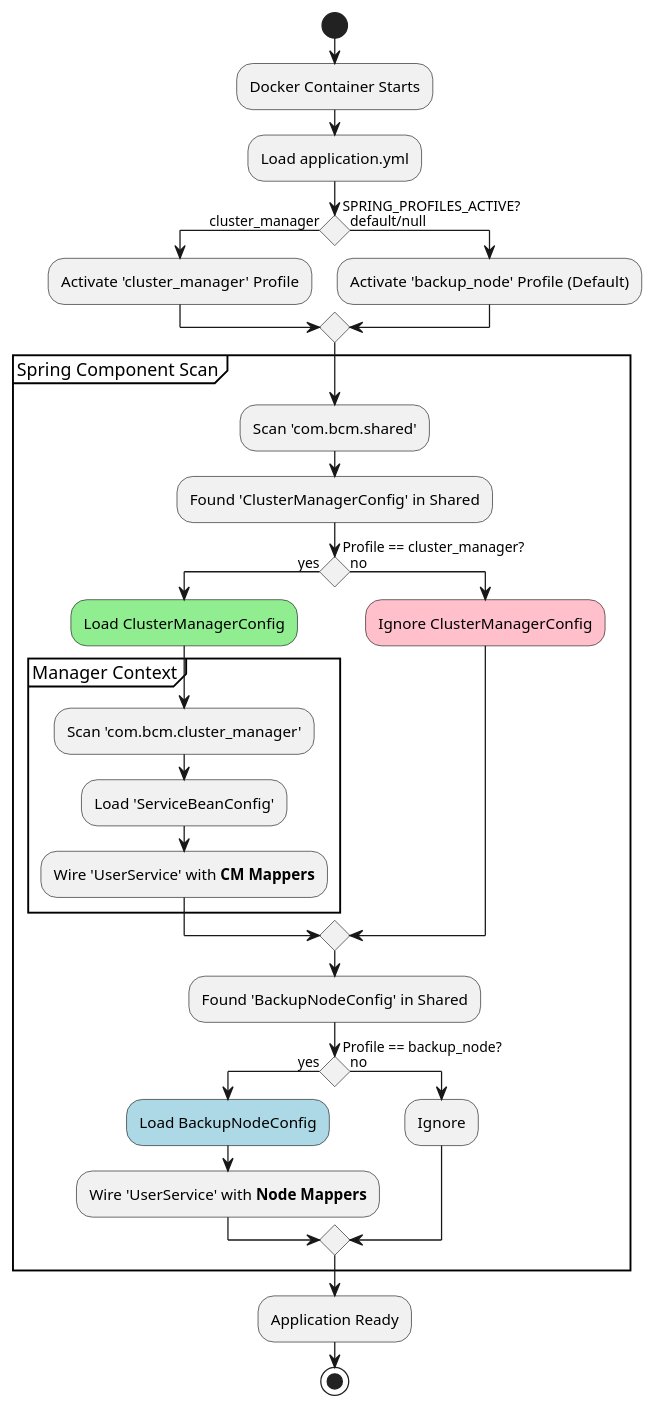
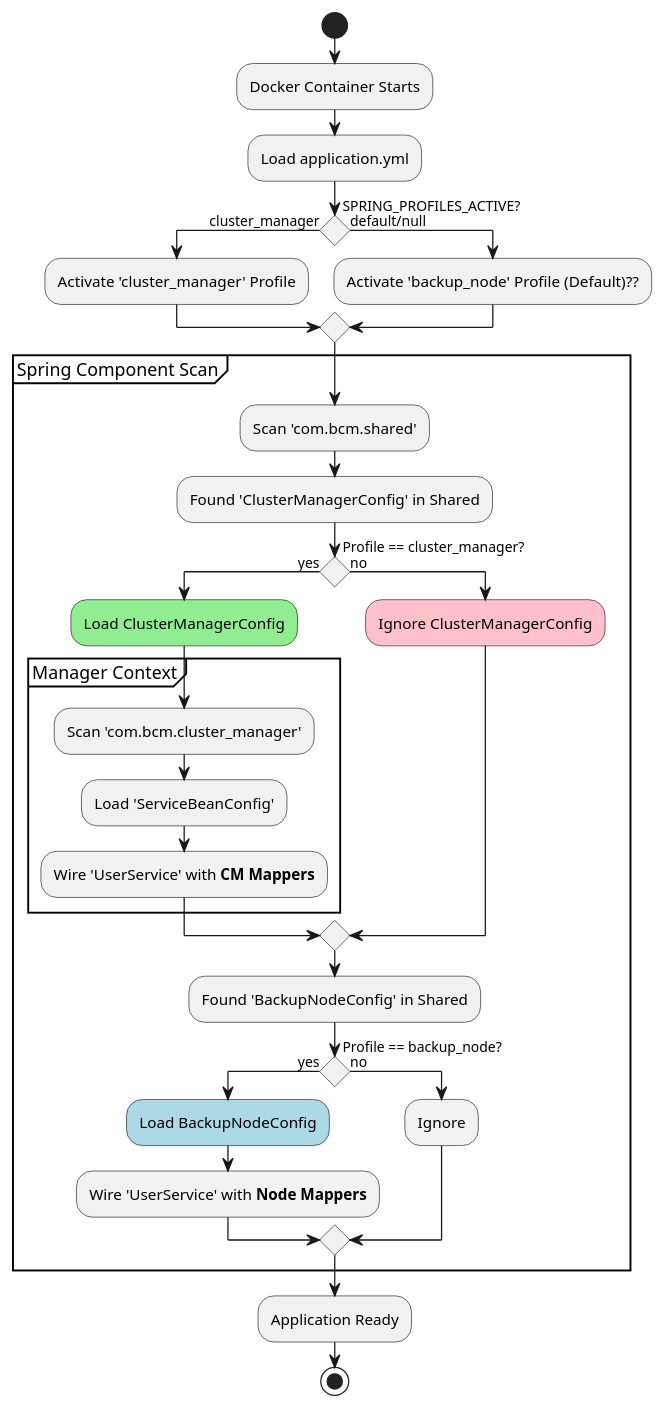
The diagram in Documentation/beanInitialization_activity.puml (amosproj/amos2025ws02-backup-cluster-manager), drawn with PlantUML before and after one commit. The commit also changed 1 other file, not shown here.

Commit message:
first draft diagrams

```diff
--- a/Documentation/beanInitialization_activity.puml
+++ b/Documentation/beanInitialization_activity.puml
@@ -1,44 +1,44 @@
 @startuml
 skinparam conditionStyle diamond
 
 start
 
 :Docker Container Starts;
 :Load application.yml;
 
 if (SPRING_PROFILES_ACTIVE?) then (cluster_manager)
   :Activate 'cluster_manager' Profile;
 else (default/null)
-  :Activate 'backup_node' Profile (Default);
+  :Activate 'backup_node' Profile (Default)??;
 endif
 
 partition "Spring Component Scan" {
     :Scan 'com.bcm.shared';
 
     :Found 'ClusterManagerConfig' in Shared;
 
     if (Profile == cluster_manager?) then (yes)
         #lightgreen:Load ClusterManagerConfig;
 
         partition "Manager Context" {
             :Scan 'com.bcm.cluster_manager';
             :Load 'ServiceBeanConfig';
             :Wire 'UserService' with **CM Mappers**;
         }
     else (no)
         #pink:Ignore ClusterManagerConfig;
     endif
 
     :Found 'BackupNodeConfig' in Shared;
     if (Profile == backup_node?) then (yes)
         #lightblue:Load BackupNodeConfig;
         :Wire 'UserService' with **Node Mappers**;
     else (no)
         :Ignore;
     endif
 }
 
 :Application Ready;
 
 stop
 @enduml
```
